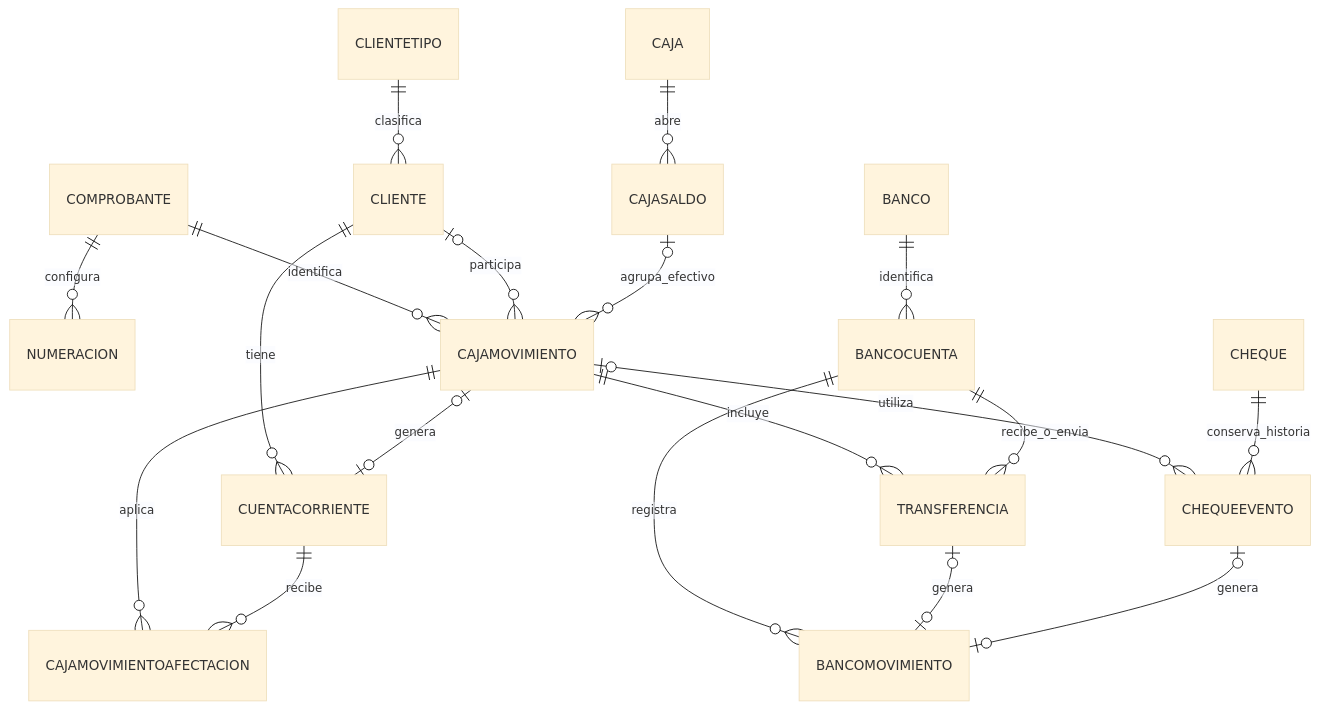
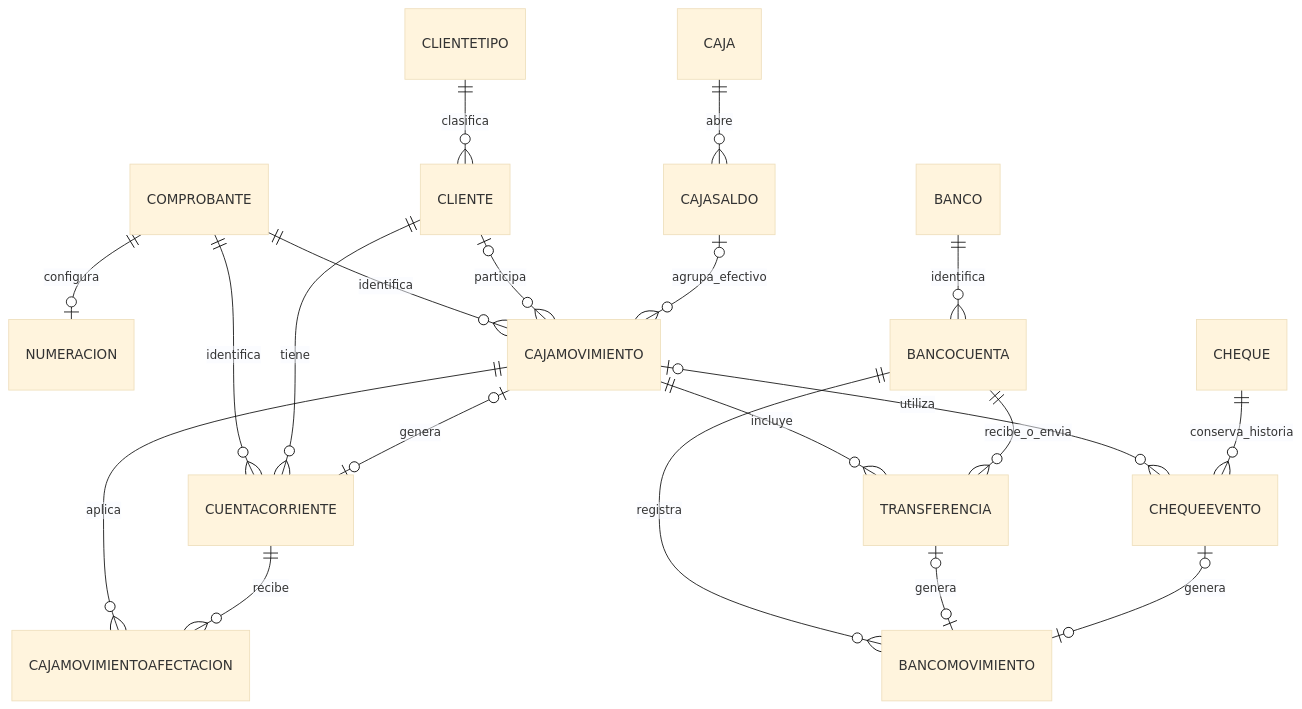
The diagram in docs/modelo.md (FacuPetry/ERP-Quiniela), drawn with Mermaid (base theme) before and after one commit. The commit also changed other lines of this file and 38 other files, not shown here.

````diff
--- a/docs/modelo.md
+++ b/docs/modelo.md
@@ -29,21 +29,22 @@
 ```mermaid
 erDiagram
-    COMPROBANTE ||--o{ NUMERACION : configura
+    COMPROBANTE ||--o| NUMERACION : configura
     COMPROBANTE ||--o{ CAJAMOVIMIENTO : identifica
+    COMPROBANTE ||--o{ CUENTACORRIENTE : identifica
     CLIENTETIPO ||--o{ CLIENTE : clasifica
     CLIENTE ||--o{ CUENTACORRIENTE : tiene
     CLIENTE |o--o{ CAJAMOVIMIENTO : participa
     CAJA ||--o{ CAJASALDO : abre
     CAJASALDO |o--o{ CAJAMOVIMIENTO : agrupa_efectivo
     CAJAMOVIMIENTO |o--o| CUENTACORRIENTE : genera
     CAJAMOVIMIENTO ||--o{ CAJAMOVIMIENTOAFECTACION : aplica
     CUENTACORRIENTE ||--o{ CAJAMOVIMIENTOAFECTACION : recibe
     CAJAMOVIMIENTO ||--o{ TRANSFERENCIA : incluye
     CAJAMOVIMIENTO |o--o{ CHEQUEEVENTO : utiliza
     CHEQUE ||--o{ CHEQUEEVENTO : conserva_historia
     BANCO ||--o{ BANCOCUENTA : identifica
     BANCOCUENTA ||--o{ TRANSFERENCIA : recibe_o_envia
     BANCOCUENTA ||--o{ BANCOMOVIMIENTO : registra
     TRANSFERENCIA |o--o| BANCOMOVIMIENTO : genera
     CHEQUEEVENTO |o--o| BANCOMOVIMIENTO : genera
 ```
````
